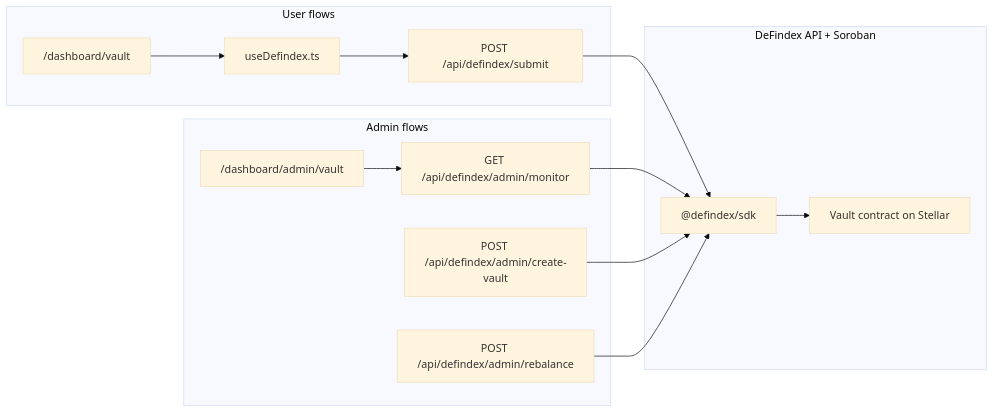
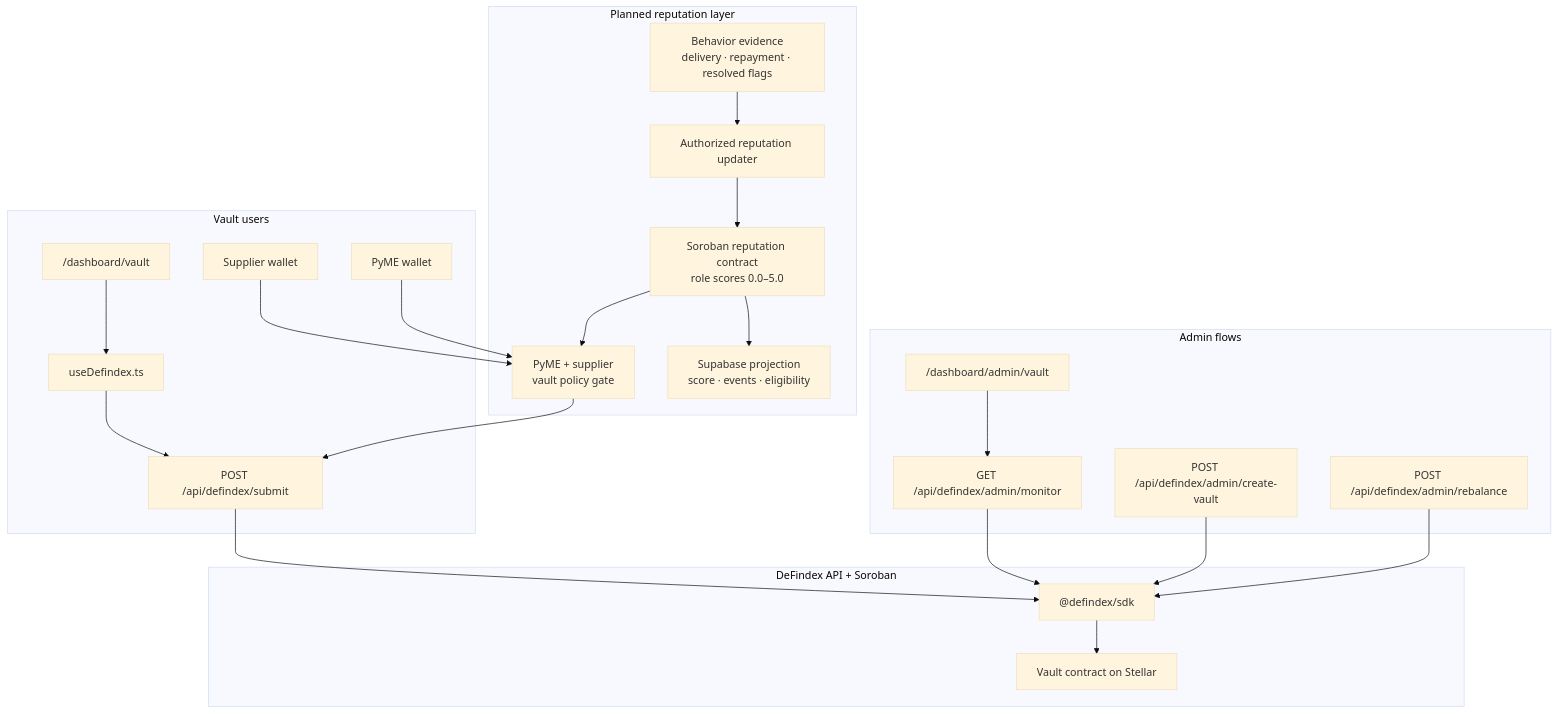
Before and after one commit to mercato-supply-chain/mercato-dapp: the tenth of 17 diagrams in doc/architecture.md, drawn with Mermaid (base theme). The commit also changed other lines of this file, not shown here.

Commit message:
Document dual-investor funding and reputation-gated vault plans

````diff
--- a/doc/architecture.md
+++ b/doc/architecture.md
@@ -522,25 +662,41 @@
 ```mermaid
-flowchart LR
-  subgraph User["User flows"]
+flowchart TB
+  subgraph User["Vault users"]
     VaultDash["/dashboard/vault"]
     Hook["useDefindex.ts"]
     Submit["POST /api/defindex/submit"]
+    Supplier["Supplier wallet"]
+    PyME["PyME wallet"]
   end
 
   subgraph Admin["Admin flows"]
     VaultMon["/dashboard/admin/vault"]
     Create["POST /api/defindex/admin/create-vault"]
     Rebalance["POST /api/defindex/admin/rebalance"]
     Monitor["GET /api/defindex/admin/monitor"]
   end
 
+  subgraph Reputation["Planned reputation layer"]
+    Evidence["Behavior evidence\ndelivery · repayment · resolved flags"]
+    Oracle["Authorized reputation updater"]
+    Score["Soroban reputation contract\nrole scores 0.0–5.0"]
+    Policy["PyME + supplier\nvault policy gate"]
+    Cache["Supabase projection\nscore · events · eligibility"]
+  end
+
   subgraph DeFindex["DeFindex API + Soroban"]
-  SDK["@defindex/sdk"]
-  Contract["Vault contract on Stellar"]
+    SDK["@defindex/sdk"]
+    Contract["Vault contract on Stellar"]
   end
 
   VaultDash --> Hook --> Submit --> SDK --> Contract
+  Supplier --> Policy
+  PyME --> Policy
+  Evidence --> Oracle --> Score
+  Score --> Policy
+  Score --> Cache
+  Policy --> Submit
   VaultMon --> Monitor --> SDK
   Create --> SDK
   Rebalance --> SDK
 ```
````
